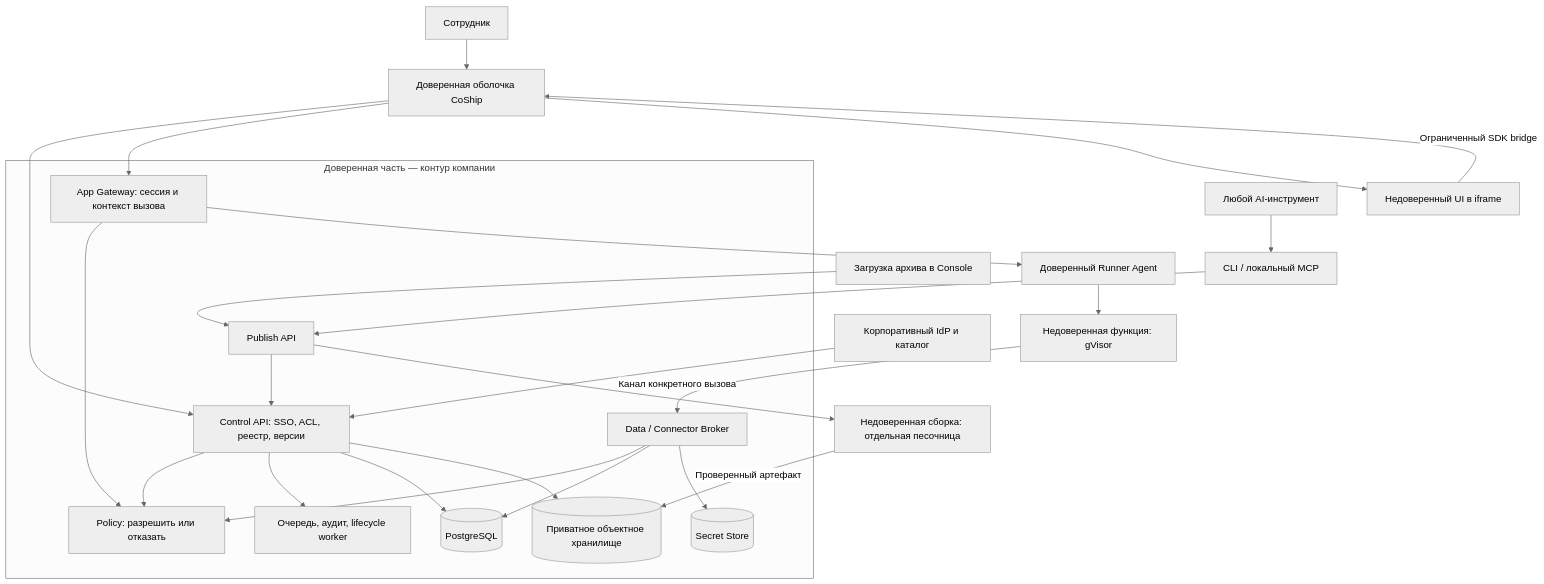
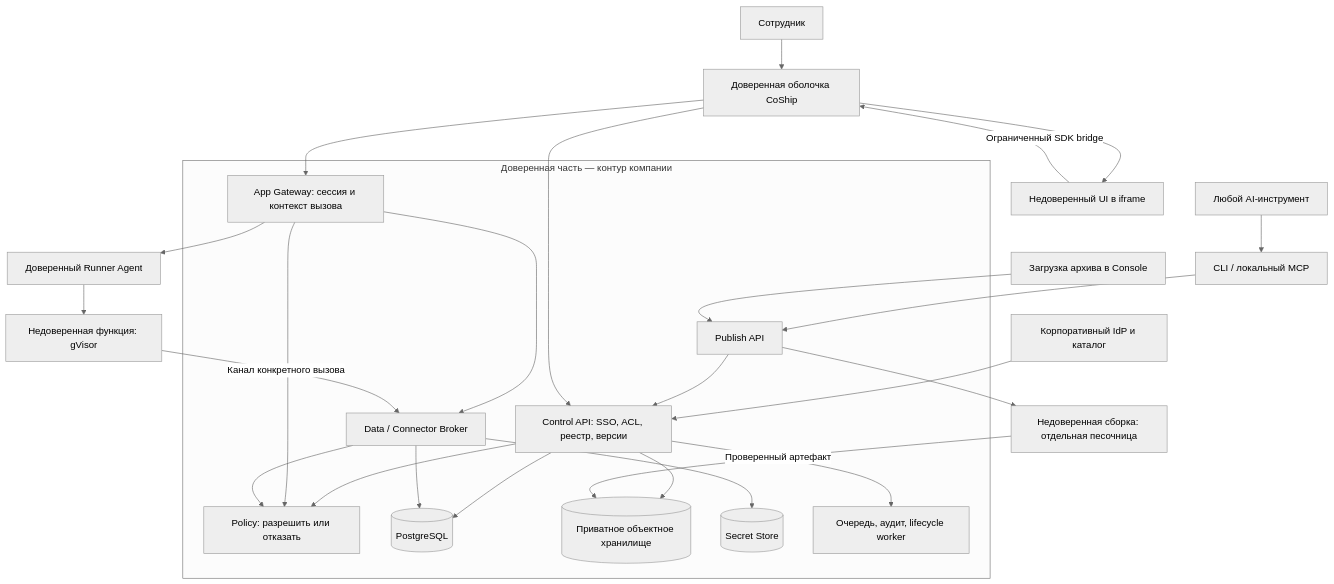
The first of 2 diagrams in docs/architecture.md (sofiyagpu/CoShip), drawn with Mermaid (neutral theme) before and after one commit. The commit also changed other lines of this file and 1 other file, not shown here.

````diff
--- a/docs/architecture.md
+++ b/docs/architecture.md
@@ -41,38 +41,39 @@
 ```mermaid
 flowchart TB
     Agent["Любой AI-инструмент"] --> CLI["CLI / локальный MCP"]
     CLI --> Publish["Publish API"]
     Upload["Загрузка архива в Console"] --> Publish
     User["Сотрудник"] --> Shell["Доверенная оболочка CoShip"]
     IdP["Корпоративный IdP и каталог"] --> Control
 
     subgraph Trusted["Доверенная часть — контур компании"]
         Control["Control API: SSO, ACL, реестр, версии"]
         Publish --> Control
         Gateway["App Gateway: сессия и контекст вызова"]
         Policy["Policy: разрешить или отказать"]
         Broker["Data / Connector Broker"]
         DB[("PostgreSQL")]
         Objects[("Приватное объектное хранилище")]
         Vault[("Secret Store")]
         Jobs["Очередь, аудит, lifecycle worker"]
         Control --> Policy
         Control --> Jobs
         Control --> DB
         Control --> Objects
         Gateway --> Policy
+        Gateway --> Broker
         Broker --> Policy
         Broker --> DB
         Broker --> Vault
     end
 
     Shell --> Control
     Shell --> Gateway
     Shell --> Frame["Недоверенный UI в iframe"]
     Frame -->|"Ограниченный SDK bridge"| Shell
     Gateway --> Runner["Доверенный Runner Agent"]
     Runner --> Fn["Недоверенная функция: gVisor"]
     Fn -->|"Канал конкретного вызова"| Broker
     Publish --> Build["Недоверенная сборка: отдельная песочница"]
     Build -->|"Проверенный артефакт"| Objects
 ```
````
